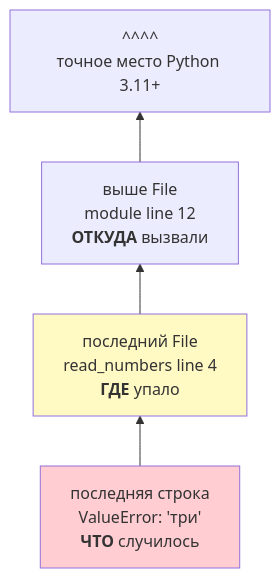
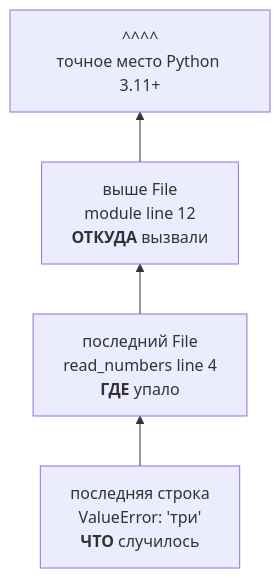
The first of 5 diagrams in 02_Курсы/01. Инженерные практики Python/01_Лекции/09. Отладка и диагностика.md (JayStorm228/College), drawn with Mermaid before and after one commit. The commit also changed other lines of this file and 30 other files, not shown here.

First line of the commit message:
переименование NumPy лекций под академические заголовки + стандартные диаграммы

````diff
--- a/02_Курсы/01. Инженерные практики Python/01_Лекции/09. Отладка и диагностика.md
+++ b/02_Курсы/01. Инженерные практики Python/01_Лекции/09. Отладка и диагностика.md
@@ -27,8 +27,6 @@
 ```mermaid
 flowchart BT
   A[последняя строка<br>ValueError: 'три'<br><b>ЧТО</b> случилось] --> B[последний File<br>read_numbers line 4<br><b>ГДЕ</b> упало]
   B --> C[выше File<br>module line 12<br><b>ОТКУДА</b> вызвали]
   C --> D[^^^^<br>точное место Python 3.11+]
-  style A fill:#ffcdd2
-  style B fill:#fff9c4
 ```
````
